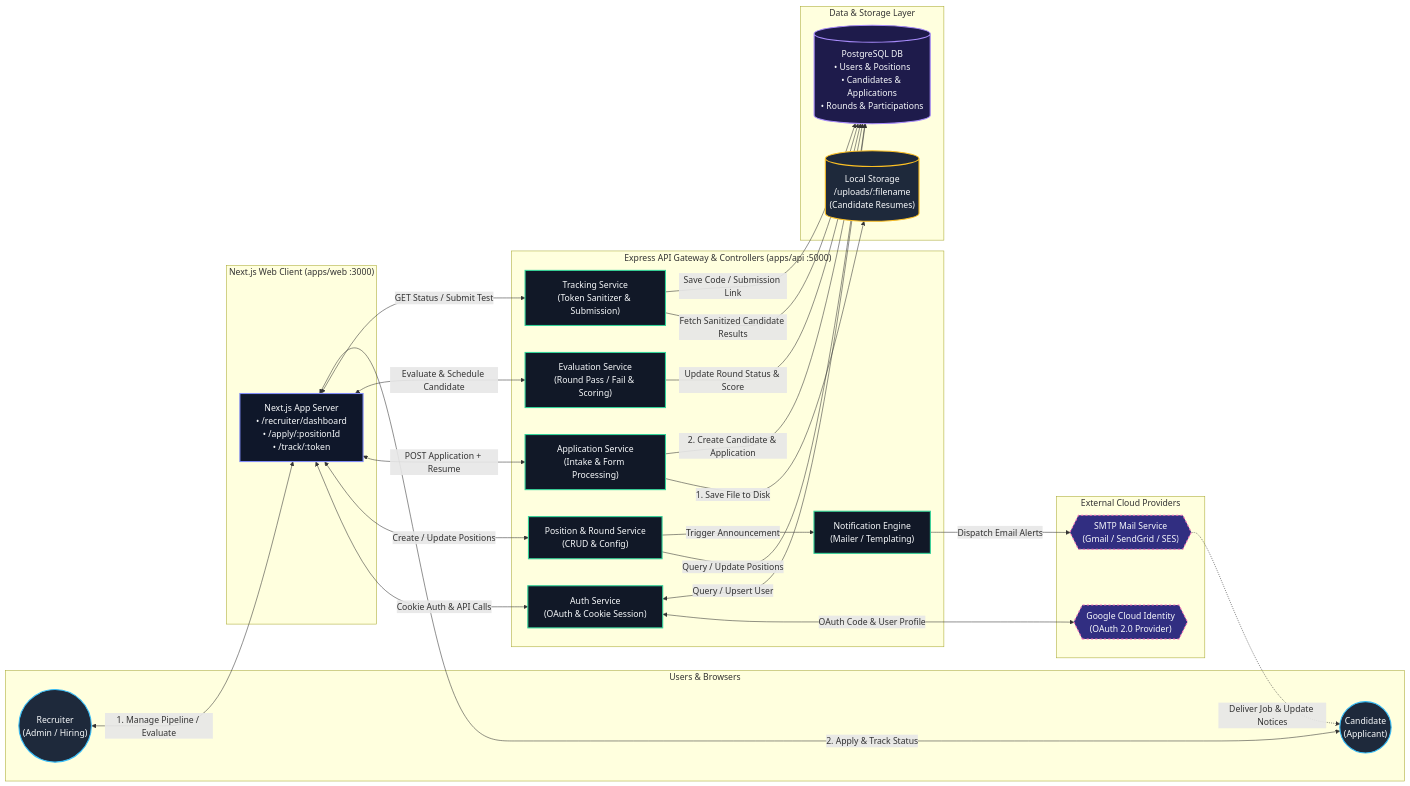
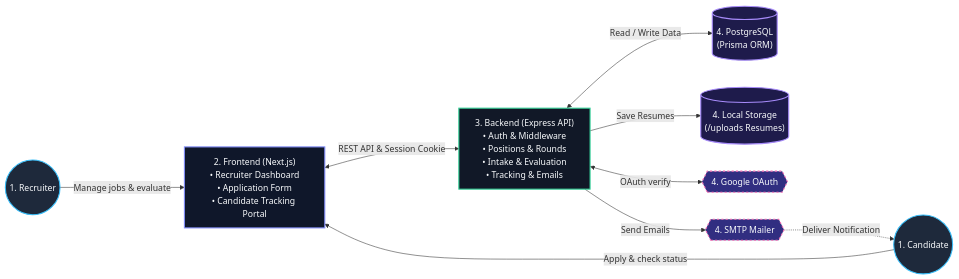
One commit to sauhardh/recruiter changed the first of 3 diagrams in README.md. Above: the diagram before and after it, drawn with Mermaid. The commit also changed other lines of this file, not shown here.

Commit message:
Change: readme diagram

````diff
--- a/README.md
+++ b/README.md
@@ -255,70 +253,37 @@
 ```mermaid
 flowchart LR
-    %% Styles & Shapes
-    classDef client fill:#1e293b,stroke:#38bdf8,stroke-width:2px,color:#f8fafc;
-    classDef frontend fill:#0f172a,stroke:#818cf8,stroke-width:2px,color:#f8fafc;
-    classDef service fill:#111827,stroke:#34d399,stroke-width:2px,color:#f8fafc;
-    classDef database fill:#1e1b4b,stroke:#a78bfa,stroke-width:2px,color:#f8fafc;
-    classDef external fill:#312e81,stroke:#f472b6,stroke-width:2px,stroke-dasharray: 4 4,color:#f8fafc;
-    classDef storage fill:#1e293b,stroke:#fbbf24,stroke-width:2px,color:#f8fafc;
+    %% Custom Styling
+    classDef actor fill:#1e293b,stroke:#38bdf8,stroke-width:2px,color:#f8fafc;
+    classDef web fill:#0f172a,stroke:#818cf8,stroke-width:2px,color:#f8fafc;
+    classDef api fill:#111827,stroke:#34d399,stroke-width:2px,color:#f8fafc;
+    classDef data fill:#1e1b4b,stroke:#a78bfa,stroke-width:2px,color:#f8fafc;
+    classDef ext fill:#312e81,stroke:#f472b6,stroke-width:2px,stroke-dasharray: 4 4,color:#f8fafc;
 
-    %% 1. Users / Clients
-    subgraph Clients["Users & Browsers"]
-        R_USER(("Recruiter<br/>(Admin / Hiring)")):::client
-        C_USER(("Candidate<br/>(Applicant)")):::client
-    end
+    %% 1. Users
+    RECRUITER(("1. Recruiter")):::actor
+    CANDIDATE(("1. Candidate")):::actor
 
-    %% 2. Web Layer
-    subgraph WebLayer["Next.js Web Client (apps/web :3000)"]
-        FE_APP["Next.js App Server<br/>• /recruiter/dashboard<br/>• /apply/:positionId<br/>• /track/:token"]:::frontend
-    end
+    %% 2. Frontend
+    FRONTEND["2. Frontend (Next.js)<br/>• Recruiter Dashboard<br/>• Application Form<br/>• Candidate Tracking Portal"]:::web
 
-    %% 3. API & Microservices
-    subgraph APILayer["Express API Gateway & Controllers (apps/api :5000)"]
-        AUTH_SVC["Auth Service<br/>(OAuth & Cookie Session)"]:::service
-        POS_SVC["Position & Round Service<br/>(CRUD & Config)"]:::service
-        APPLY_SVC["Application Service<br/>(Intake & Form Processing)"]:::service
-        EVAL_SVC["Evaluation Service<br/>(Round Pass / Fail & Scoring)"]:::service
-        TRACK_SVC["Tracking Service<br/>(Token Sanitizer & Submission)"]:::service
-        MAIL_SVC["Notification Engine<br/>(Mailer / Templating)"]:::service
-    end
+    %% 3. Backend
+    BACKEND["3. Backend (Express API)<br/>• Auth & Middleware<br/>• Positions & Rounds<br/>• Intake & Evaluation<br/>• Tracking & Emails"]:::api
 
-    %% 4. Data Layer & Storage
-    subgraph DataStorage["Data & Storage Layer"]
-        DB[("PostgreSQL DB<br/>• Users & Positions<br/>• Candidates & Applications<br/>• Rounds & Participations")]:::database
-        LOCAL_UPLOADS[("Local Storage<br/>/uploads/:filename<br/>(Candidate Resumes)")]:::storage
-    end
+    %% 4. Storage & Services
+    DB[("4. PostgreSQL<br/>(Prisma ORM)")]:::data
+    UPLOADS[("4. Local Storage<br/>(/uploads Resumes)")]:::data
+    GOOGLE{{"4. Google OAuth"}}:::ext
+    SMTP{{"4. SMTP Mailer"}}:::ext
 
-    %% 5. External Providers
-    subgraph CloudServices["External Cloud Providers"]
-        GOOGLE_AUTH{{"Google Cloud Identity<br/>(OAuth 2.0 Provider)"}}:::external
-        SMTP_RELAY{{"SMTP Mail Service<br/>(Gmail / SendGrid / SES)"}}:::external
-    end
+    %% Linear Flow: 1 -> 2 -> 3 -> 4
+    RECRUITER -->|"Manage jobs & evaluate"| FRONTEND
+    CANDIDATE -->|"Apply & check status"| FRONTEND
 
-    %% Connections & Data Flow
-    R_USER <-->|1. Manage Pipeline / Evaluate| FE_APP
-    C_USER <-->|2. Apply & Track Status| FE_APP
+    FRONTEND <-->|"REST API & Session Cookie"| BACKEND
 
-    FE_APP <-->|Cookie Auth & API Calls| AUTH_SVC
-    FE_APP <-->|Create / Update Positions| POS_SVC
-    FE_APP <-->|POST Application + Resume| APPLY_SVC
-    FE_APP <-->|Evaluate & Schedule Candidate| EVAL_SVC
-    FE_APP <-->|GET Status / Submit Test| TRACK_SVC
-
-    AUTH_SVC <-->|OAuth Code & User Profile| GOOGLE_AUTH
-    AUTH_SVC <-->|Query / Upsert User| DB
-
-    POS_SVC -->|Query / Update Positions| DB
-    POS_SVC -->|Trigger Announcement| MAIL_SVC
-
-    APPLY_SVC -->|1. Save File to Disk| LOCAL_UPLOADS
-    APPLY_SVC -->|2. Create Candidate & Application| DB
-
-    EVAL_SVC -->|Update Round Status & Score| DB
-
-    TRACK_SVC -->|Fetch Sanitized Candidate Results| DB
-    TRACK_SVC -->|Save Code / Submission Link| DB
-
-    MAIL_SVC -->|Dispatch Email Alerts| SMTP_RELAY
-    SMTP_RELAY -.->|Deliver Job & Update Notices| C_USER
+    BACKEND <-->|"Read / Write Data"| DB
+    BACKEND -->|"Save Resumes"| UPLOADS
+    BACKEND <-->|"OAuth verify"| GOOGLE
+    BACKEND -->|"Send Emails"| SMTP
+    SMTP -.->|"Deliver Notification"| CANDIDATE
 ```
````
